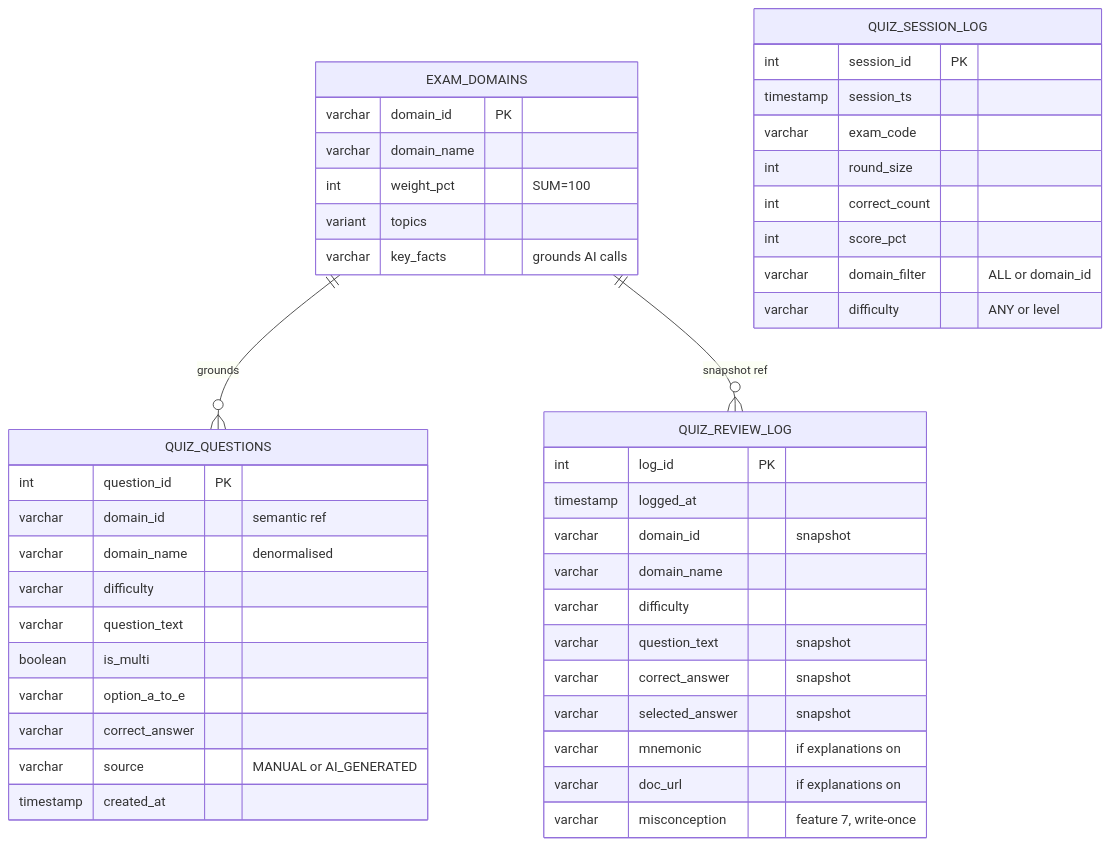
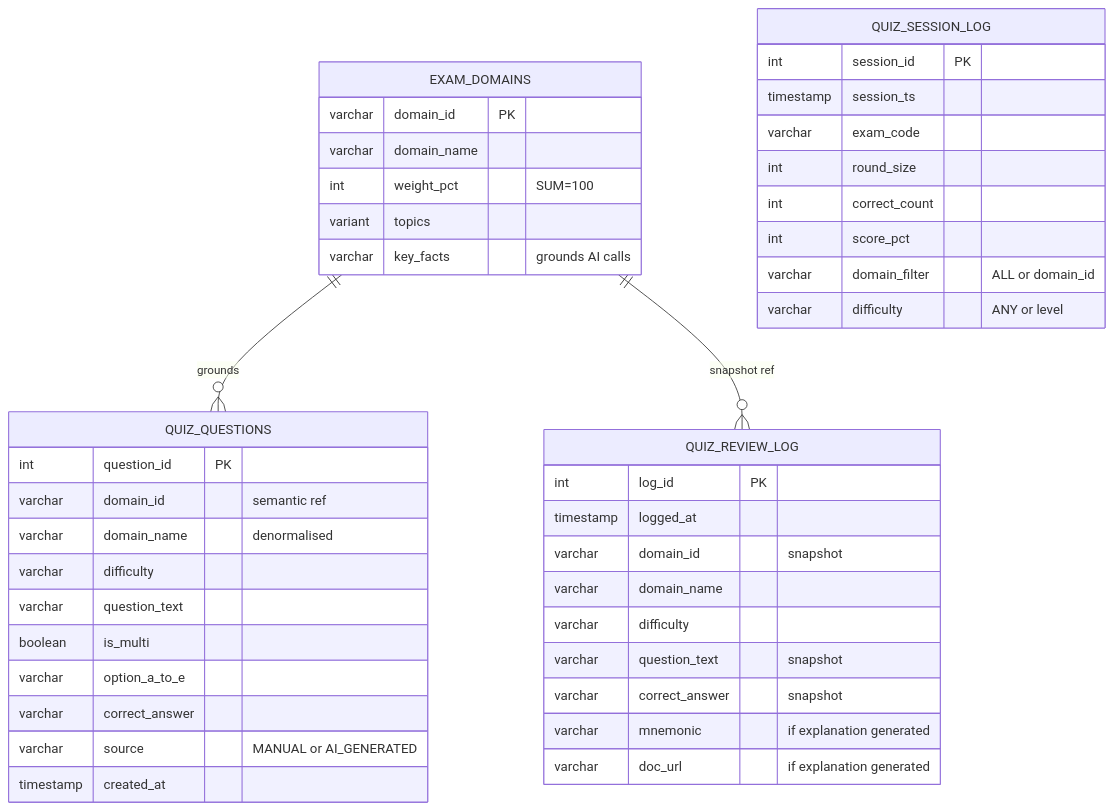
The second of 2 diagrams in docs/architecture.md (moniburnejko/coco-quiz-app), drawn with Mermaid before and after one commit. The commit also changed other lines of this file and 10 other files, not shown here.

````diff
--- a/docs/architecture.md
+++ b/docs/architecture.md
@@ -92,48 +92,46 @@
 ```mermaid
 erDiagram
     EXAM_DOMAINS {
         varchar domain_id PK
         varchar domain_name
         int weight_pct "SUM=100"
         variant topics
         varchar key_facts "grounds AI calls"
     }
     QUIZ_QUESTIONS {
         int question_id PK
         varchar domain_id "semantic ref"
         varchar domain_name "denormalised"
         varchar difficulty
         varchar question_text
         boolean is_multi
         varchar option_a_to_e
         varchar correct_answer
         varchar source "MANUAL or AI_GENERATED"
         timestamp created_at
     }
     QUIZ_REVIEW_LOG {
         int log_id PK
         timestamp logged_at
         varchar domain_id "snapshot"
         varchar domain_name
         varchar difficulty
         varchar question_text "snapshot"
         varchar correct_answer "snapshot"
-        varchar selected_answer "snapshot"
-        varchar mnemonic "if explanations on"
-        varchar doc_url "if explanations on"
-        varchar misconception "feature 7, write-once"
+        varchar mnemonic "if explanation generated"
+        varchar doc_url "if explanation generated"
     }
     QUIZ_SESSION_LOG {
         int session_id PK
         timestamp session_ts
         varchar exam_code
         int round_size
         int correct_count
         int score_pct
         varchar domain_filter "ALL or domain_id"
         varchar difficulty "ANY or level"
     }
 
     EXAM_DOMAINS ||--o{ QUIZ_QUESTIONS : "grounds"
     EXAM_DOMAINS ||--o{ QUIZ_REVIEW_LOG : "snapshot ref"
 ```
````
